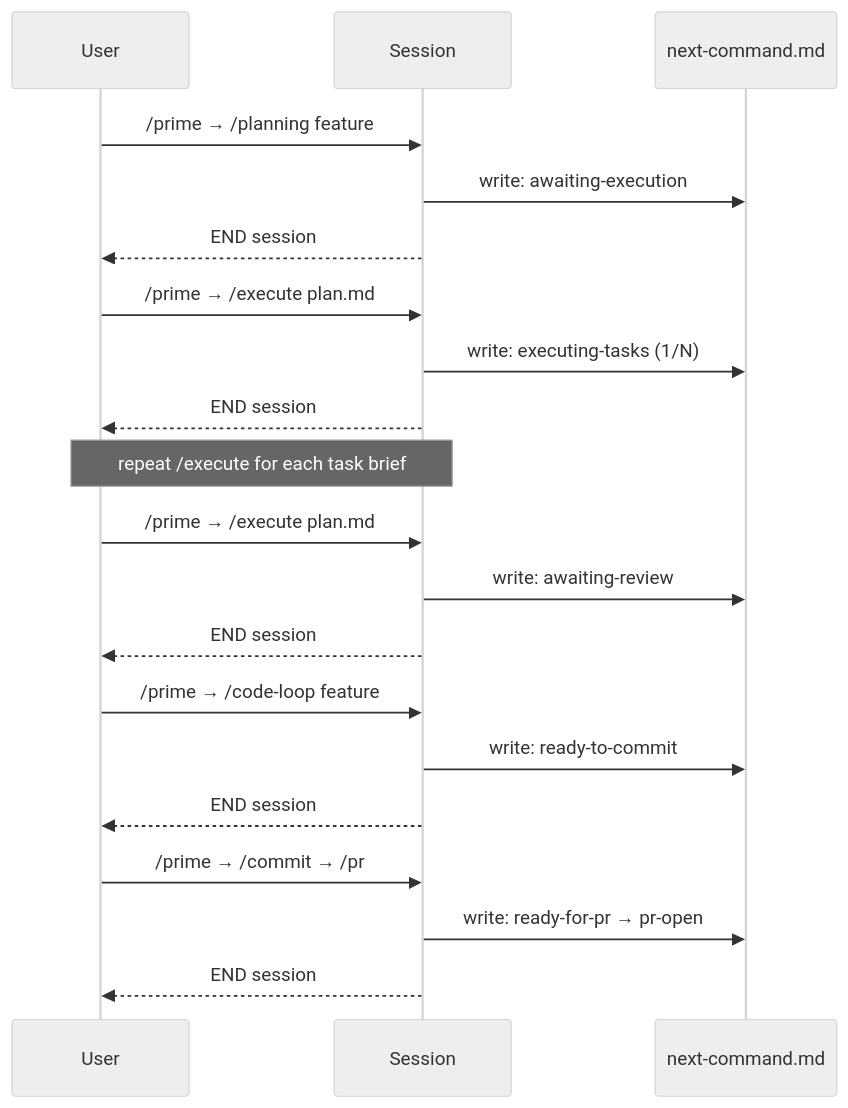
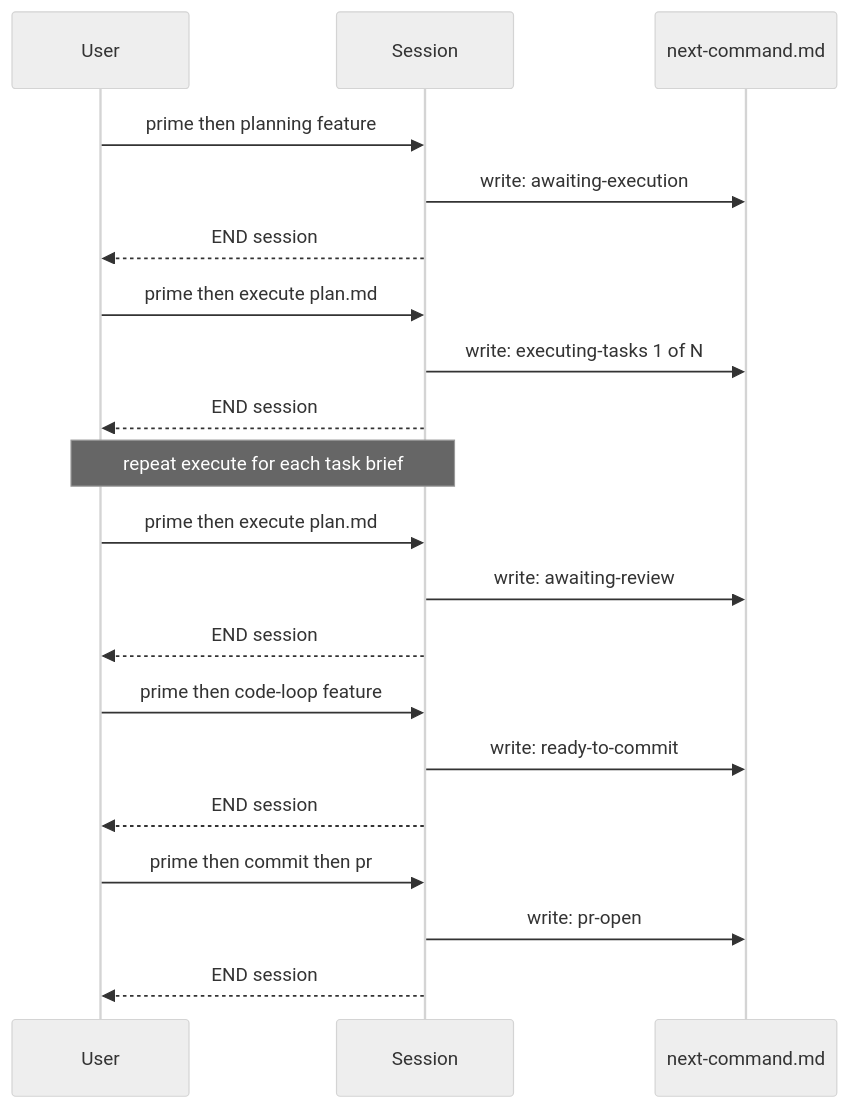
The second of 6 diagrams in README.md (ryanjosebrosas/autonomous-coding-system-final), drawn with Mermaid (neutral theme) before and after one commit. The commit also changed other lines of this file, not shown here.

First line of the commit message:
fix(readme): fix Mermaid syntax for GitHub renderer

````diff
--- a/README.md
+++ b/README.md
@@ -74,28 +74,28 @@
 ```mermaid
 sequenceDiagram
     participant U as User
     participant S as Session
     participant H as next-command.md
 
-    U->>S: /prime → /planning feature
+    U->>S: prime then planning feature
     S->>H: write: awaiting-execution
     S-->>U: END session
 
-    U->>S: /prime → /execute plan.md
-    S->>H: write: executing-tasks (1/N)
+    U->>S: prime then execute plan.md
+    S->>H: write: executing-tasks 1 of N
     S-->>U: END session
 
-    Note over U,S: repeat /execute for each task brief
+    Note over U,S: repeat execute for each task brief
 
-    U->>S: /prime → /execute plan.md
+    U->>S: prime then execute plan.md
     S->>H: write: awaiting-review
     S-->>U: END session
 
-    U->>S: /prime → /code-loop feature
+    U->>S: prime then code-loop feature
     S->>H: write: ready-to-commit
     S-->>U: END session
 
-    U->>S: /prime → /commit → /pr
-    S->>H: write: ready-for-pr → pr-open
+    U->>S: prime then commit then pr
+    S->>H: write: pr-open
     S-->>U: END session
 ```
````
